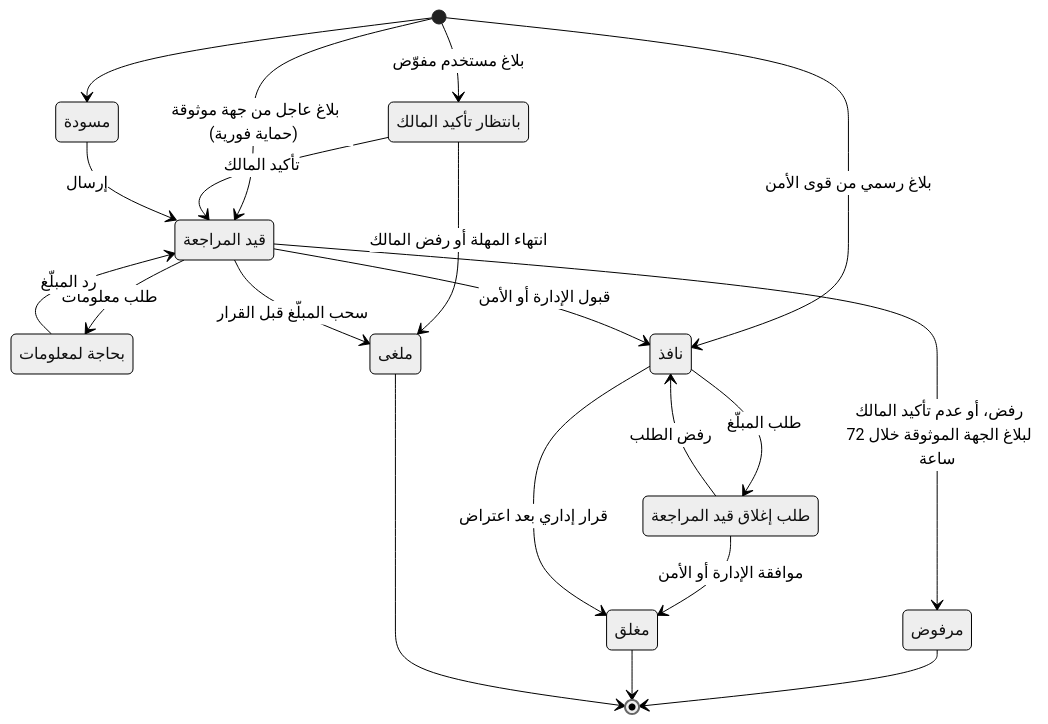
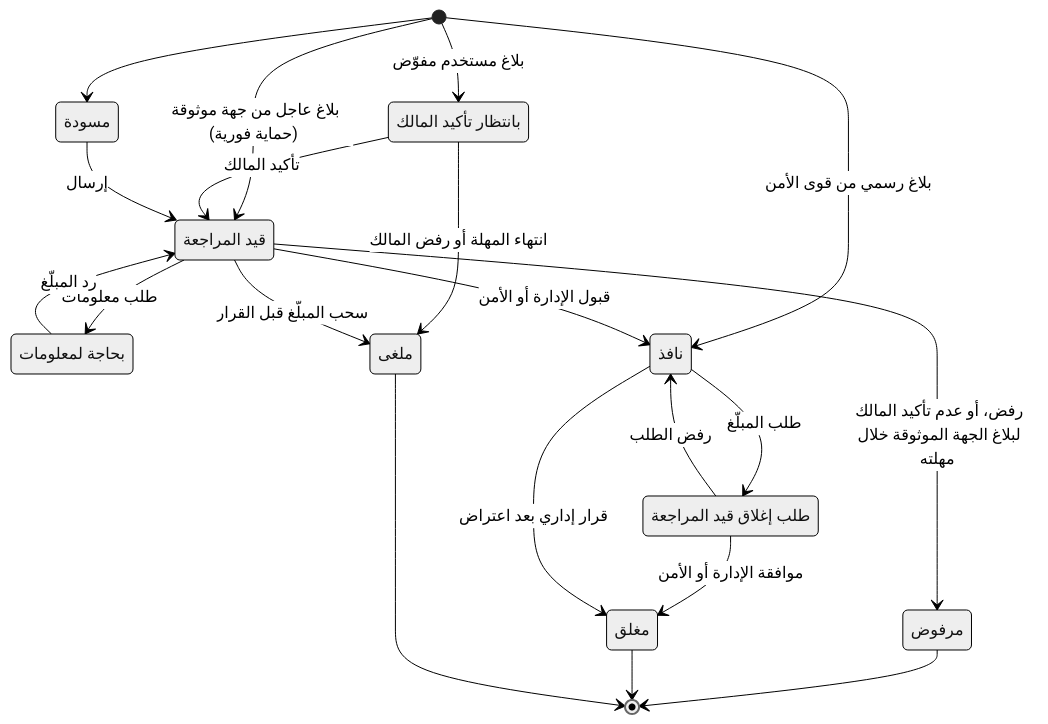
The diagram in docs/06-business-rules.md (servacode/imei), drawn with Mermaid (neutral theme) before and after one commit. The commit also changed other lines of this file and 5 other files, not shown here.

````diff
--- a/docs/06-business-rules.md
+++ b/docs/06-business-rules.md
@@ -47,31 +77,31 @@
 ```mermaid
 stateDiagram-v2
     state "مسودة" as Draft
     state "قيد المراجعة" as Pending
     state "بحاجة لمعلومات" as NeedsInfo
     state "مرفوض" as Rejected
     state "نافذ" as Active
     state "طلب إغلاق قيد المراجعة" as ClosureRequested
     state "مغلق" as Closed
     state "بانتظار تأكيد المالك" as AwaitingOwner
     state "ملغى" as Cancelled
     [*] --> Draft
     [*] --> AwaitingOwner: بلاغ مستخدم مفوّض
     [*] --> Pending: بلاغ عاجل من جهة موثوقة (حماية فورية)
     AwaitingOwner --> Pending: تأكيد المالك
     AwaitingOwner --> Cancelled: انتهاء المهلة أو رفض المالك
     Pending --> Cancelled: سحب المبلّغ قبل القرار
     [*] --> Active: بلاغ رسمي من قوى الأمن
     Draft --> Pending: إرسال
     Pending --> NeedsInfo: طلب معلومات
     NeedsInfo --> Pending: رد المبلّغ
-    Pending --> Rejected: رفض، أو عدم تأكيد المالك لبلاغ الجهة الموثوقة خلال 72 ساعة
+    Pending --> Rejected: رفض، أو عدم تأكيد المالك لبلاغ الجهة الموثوقة خلال مهلته
     Pending --> Active: قبول الإدارة أو الأمن
     Active --> ClosureRequested: طلب المبلّغ
     ClosureRequested --> Active: رفض الطلب
     ClosureRequested --> Closed: موافقة الإدارة أو الأمن
     Active --> Closed: قرار إداري بعد اعتراض
     Rejected --> [*]
     Closed --> [*]
     Cancelled --> [*]
 ```
````
